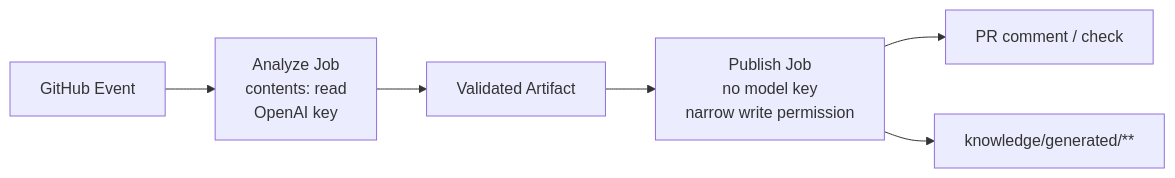
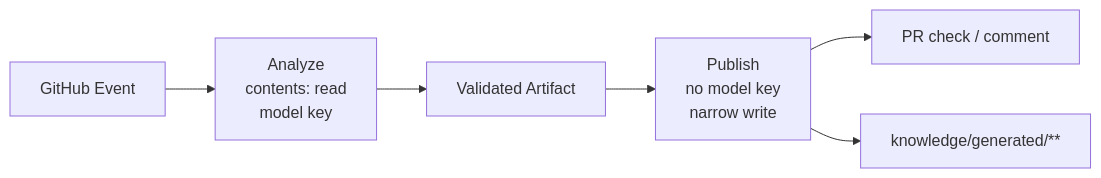
Before and after one commit to gyutaetae/alignment-memory-be: the second of 2 diagrams in README.md, drawn with Mermaid. The commit also changed other lines of this file, not shown here.

````diff
--- a/README.md
+++ b/README.md
@@ -62,8 +73,8 @@
 ```mermaid
 flowchart LR
-    E["GitHub Event"] --> AN["Analyze Job<br/>contents: read<br/>OpenAI key"]
+    E["GitHub Event"] --> AN["Analyze<br/>contents: read<br/>model key"]
     AN --> V["Validated Artifact"]
-    V --> PU["Publish Job<br/>no model key<br/>narrow write permission"]
-    PU --> C["PR comment / check"]
+    V --> PU["Publish<br/>no model key<br/>narrow write"]
+    PU --> C["PR check / comment"]
     PU --> K["knowledge/generated/**"]
 ```
````
